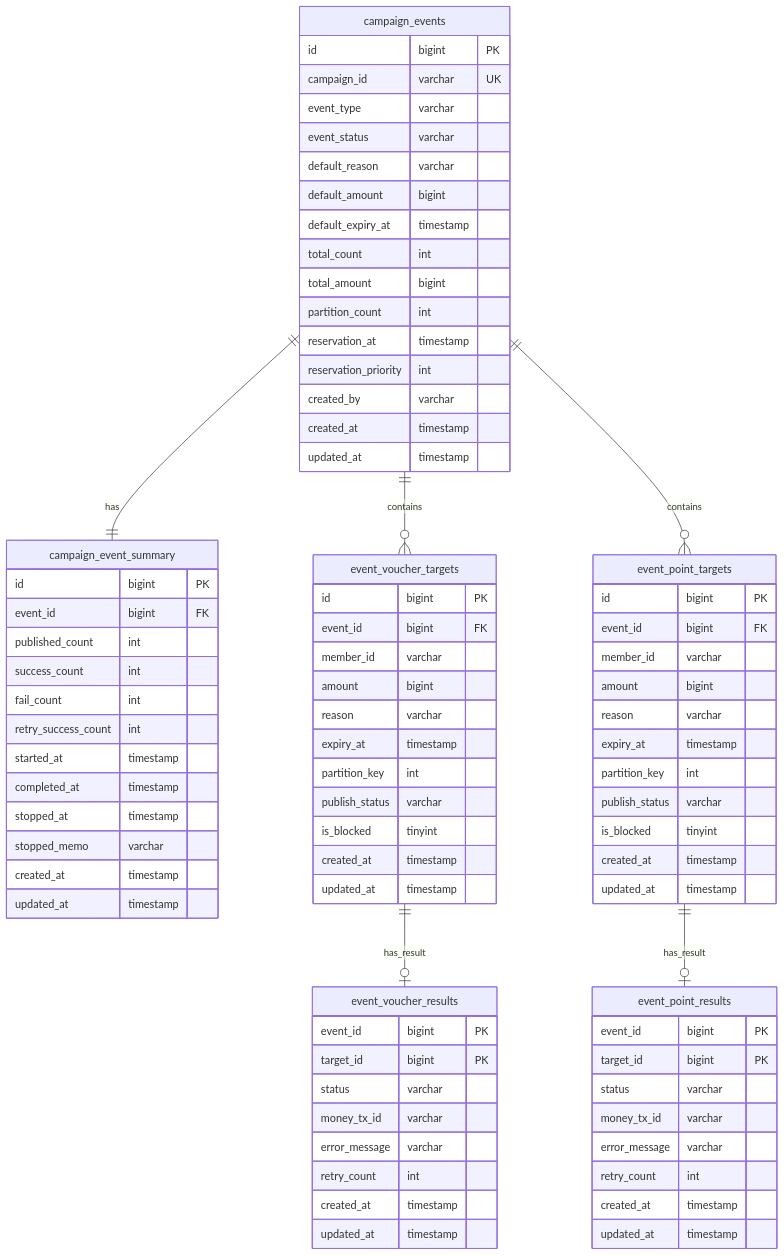
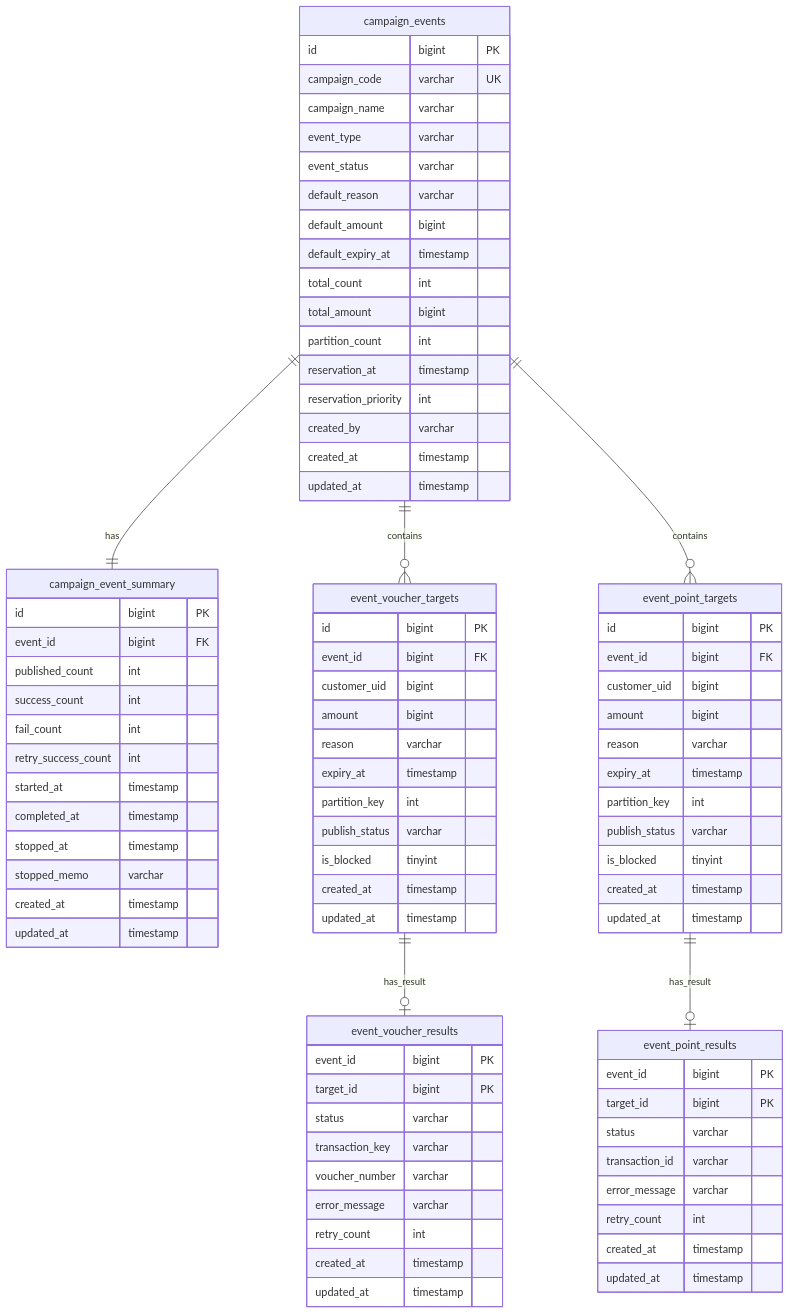
Before and after one commit to JiYoonKimjimmy/obsidian-vault: the diagram in 1. Project/2026_MP_대량 포인트 지급 시스템/03_Data Modeling.md, drawn with Mermaid. The commit also changed 1 other file, not shown here.

Commit message:
vault backup: 2026-01-19 14:51:16

```diff
--- a/1. Project/2026_MP_대량 포인트 지급 시스템/03_Data Modeling.md
+++ b/1. Project/2026_MP_대량 포인트 지급 시스템/03_Data Modeling.md
@@ -33,7 +33,8 @@
     
     campaign_events {
         id bigint PK
-        campaign_id varchar UK
+        campaign_code varchar UK
+        campaign_name varchar
         event_type varchar
         event_status varchar
         default_reason varchar
@@ -67,7 +68,7 @@
     event_voucher_targets {
         id bigint PK
         event_id bigint FK
-        member_id varchar
+        customer_uid bigint
         amount bigint
         reason varchar
         expiry_at timestamp
@@ -82,7 +83,8 @@
         event_id bigint PK
         target_id bigint PK
         status varchar
-        money_tx_id varchar
+        transaction_key varchar
+        voucher_number varchar
         error_message varchar
         retry_count int
         created_at timestamp
@@ -92,7 +94,7 @@
     event_point_targets {
         id bigint PK
         event_id bigint FK
-        member_id varchar
+        customer_uid bigint
         amount bigint
         reason varchar
         expiry_at timestamp
@@ -107,7 +109,7 @@
         event_id bigint PK
         target_id bigint PK
         status varchar
-        money_tx_id varchar
+        transaction_id varchar
         error_message varchar
         retry_count int
         created_at timestamp
```
